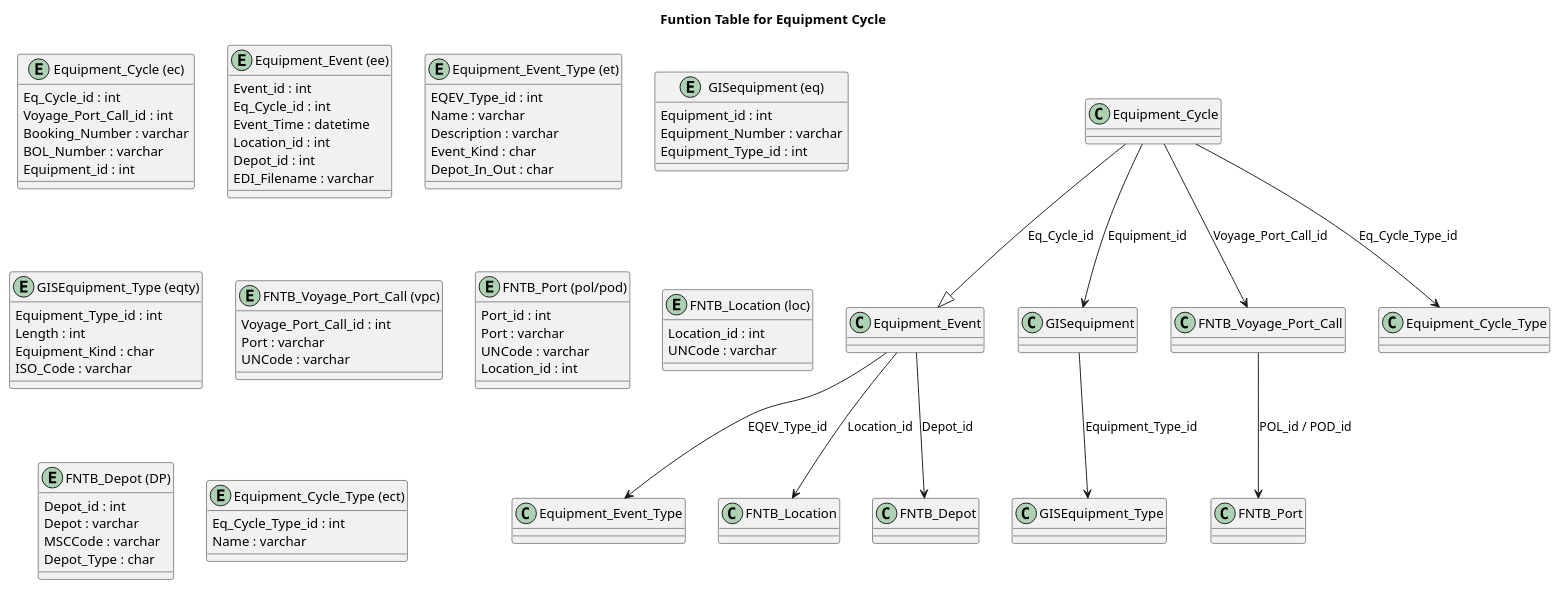
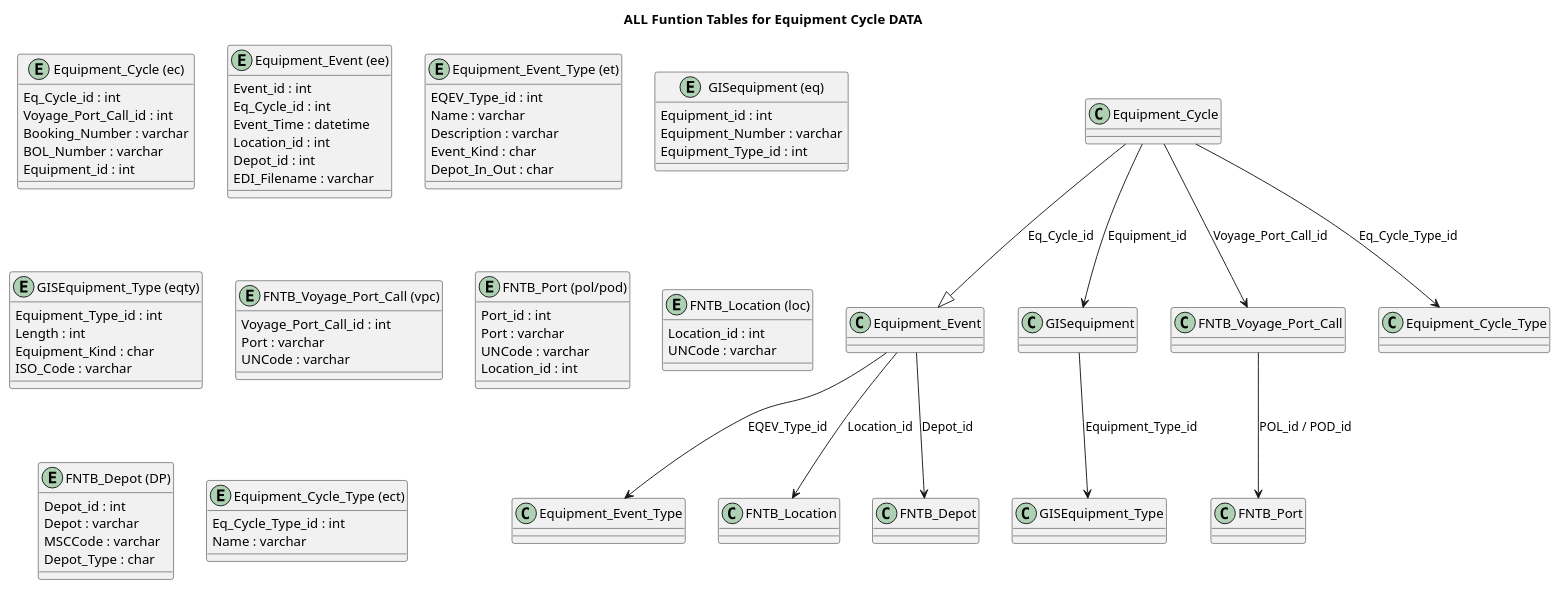
Before and after one commit to grellag/Project_Python: the diagram in DCC_Trasporti_H/FNTB_Equipment_Cycle_Sub.puml, drawn with PlantUML.

Commit message:
Edit title on Eq. Cycle DATA

```diff
--- a/DCC_Trasporti_H/FNTB_Equipment_Cycle_Sub.puml
+++ b/DCC_Trasporti_H/FNTB_Equipment_Cycle_Sub.puml
@@ -1,83 +1,83 @@
 @startuml
 
-title Funtion Table for Equipment Cycle
+title ALL Funtion Tables for Equipment Cycle DATA
 
 entity "Equipment_Cycle (ec)" {
     Eq_Cycle_id : int
     Voyage_Port_Call_id : int
     Booking_Number : varchar
     BOL_Number : varchar
     Equipment_id : int
 }
 
 entity "Equipment_Event (ee)" {
     Event_id : int
     Eq_Cycle_id : int
     Event_Time : datetime
     Location_id : int
     Depot_id : int
     EDI_Filename : varchar
 }
 
 entity "Equipment_Event_Type (et)" {
     EQEV_Type_id : int
     Name : varchar
     Description : varchar
     Event_Kind : char
     Depot_In_Out : char
 }
 
 entity "GISequipment (eq)" {
     Equipment_id : int
     Equipment_Number : varchar
     Equipment_Type_id : int
 }
 
 entity "GISEquipment_Type (eqty)" {
     Equipment_Type_id : int
     Length : int
     Equipment_Kind : char
     ISO_Code : varchar
 }
 
 entity "FNTB_Voyage_Port_Call (vpc)" {
     Voyage_Port_Call_id : int
     Port : varchar
     UNCode : varchar
 }
 
 entity "FNTB_Port (pol/pod)" {
     Port_id : int
     Port : varchar
     UNCode : varchar
     Location_id : int
 }
 
 entity "FNTB_Location (loc)" {
     Location_id : int
     UNCode : varchar
 }
 
 entity "FNTB_Depot (DP)" {
     Depot_id : int
     Depot : varchar
     MSCCode : varchar
     Depot_Type : char
 }
 
 entity "Equipment_Cycle_Type (ect)" {
     Eq_Cycle_Type_id : int
     Name : varchar
 }
 
 Equipment_Cycle --|> Equipment_Event : "Eq_Cycle_id"
 Equipment_Event --> Equipment_Event_Type : "EQEV_Type_id"
 Equipment_Cycle --> GISequipment : "Equipment_id"
 GISequipment --> GISEquipment_Type : "Equipment_Type_id"
 Equipment_Cycle --> FNTB_Voyage_Port_Call : "Voyage_Port_Call_id"
 FNTB_Voyage_Port_Call --> FNTB_Port : "POL_id / POD_id"
 Equipment_Event --> FNTB_Location : "Location_id"
 Equipment_Event --> FNTB_Depot : "Depot_id"
 Equipment_Cycle --> Equipment_Cycle_Type : "Eq_Cycle_Type_id"
 
 @enduml
```
